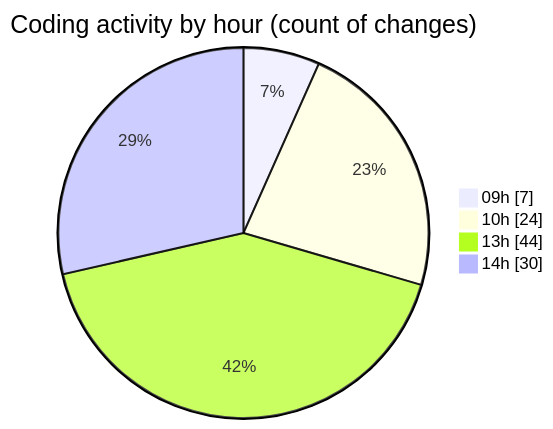
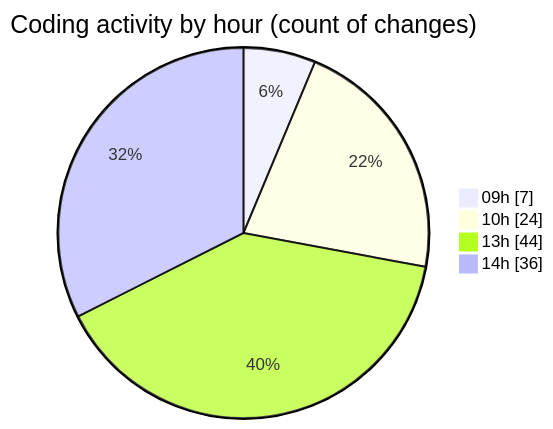
Before and after one commit to momahboobian/code-tracking: the second of 2 diagrams in 2025-04-10/cda/README.md, drawn with Mermaid. The commit also changed other lines of this file and 1 other file, not shown here.

````diff
--- a/2025-04-10/cda/README.md
+++ b/2025-04-10/cda/README.md
@@ -32,8 +33,8 @@
 ```mermaid
 pie showData
 title Coding activity by hour (count of changes)
 "09h" : 7
 "10h" : 24
 "13h" : 44
-"14h" : 30
+"14h" : 36
 ```
````
